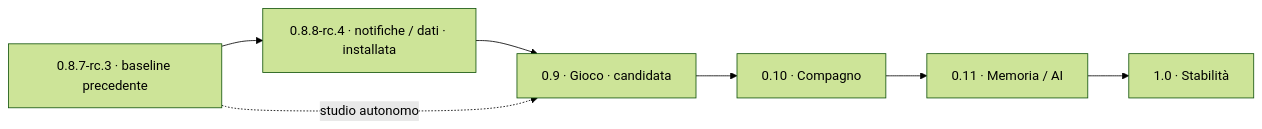
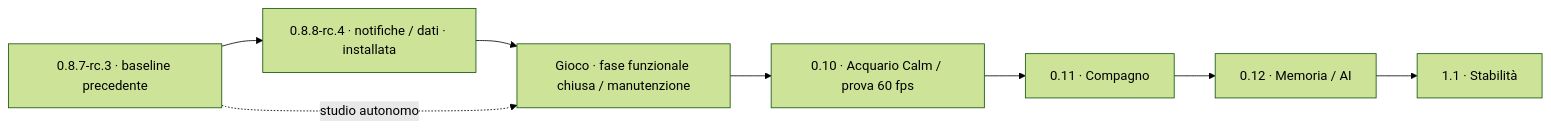
One commit to GiDanis/desk-pulse changed the diagram in dashboard/design/release-masterplan.md. Above: the diagram before and after it, drawn with Mermaid (forest theme). The commit also changed other lines of this file and 5 other files, not shown here.

````diff
--- a/dashboard/design/release-masterplan.md
+++ b/dashboard/design/release-masterplan.md
@@ -147,9 +253,10 @@
 ```mermaid
 flowchart LR
   A["0.8.7-rc.3 · baseline precedente"] --> B["0.8.8-rc.4 · notifiche / dati · installata"]
-  B --> C["0.9 · Gioco · candidata"]
-  C --> D["0.10 · Compagno"]
-  D --> E["0.11 · Memoria / AI"]
-  E --> F["1.0 · Stabilità"]
+  B --> C["Gioco · fase funzionale chiusa / manutenzione"]
+  C --> D["0.10 · Acquario Calm / prova 60 fps"]
+  D --> E["0.11 · Compagno"]
+  E --> F["0.12 · Memoria / AI"]
+  F --> G["1.1 · Stabilità"]
   A -. "studio autonomo" .-> C
 ```
````
